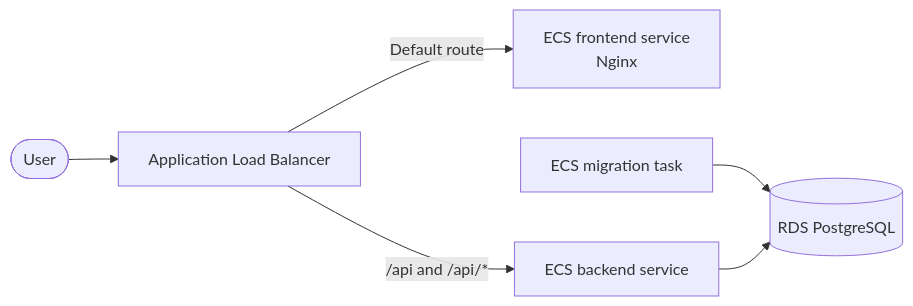
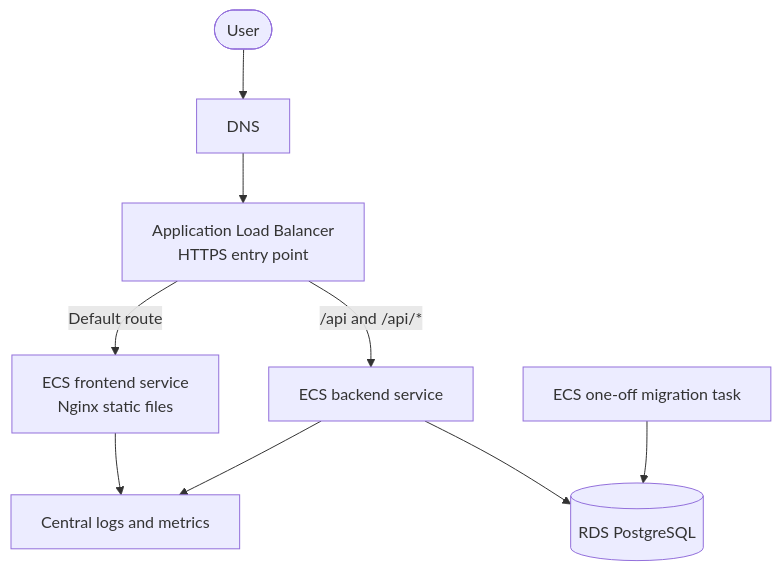
Before and after one commit to jakobzagar/Fit-Track: the diagram in docs/aws-deployment-plan.md, drawn with Mermaid. The commit also changed other lines of this file and 4 other files, not shown here.

````diff
--- a/docs/aws-deployment-plan.md
+++ b/docs/aws-deployment-plan.md
@@ -27,8 +38,11 @@
 ```mermaid
-flowchart LR
-    User([User]) --> ALB[Application Load Balancer]
-    ALB -->|Default route| Frontend[ECS frontend service<br/>Nginx]
+flowchart TB
+    User([User]) --> DNS[DNS]
+    DNS --> ALB[Application Load Balancer<br/>HTTPS entry point]
+    ALB -->|Default route| Frontend[ECS frontend service<br/>Nginx static files]
     ALB -->|/api and /api/*| Backend[ECS backend service]
-    Migration[ECS migration task] --> RDS[(RDS PostgreSQL)]
+    Migration[ECS one-off migration task] --> RDS[(RDS PostgreSQL)]
     Backend --> RDS
+    Backend --> Logs[Central logs and metrics]
+    Frontend --> Logs
 ```
````
